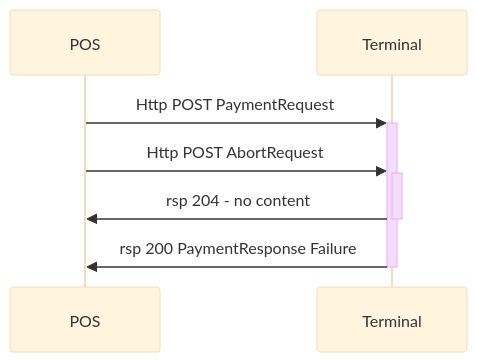
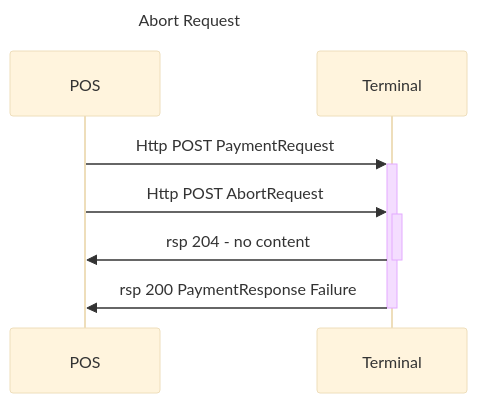
The diagram in pax-terminal/Nexo-Retailer/Quick-guide/abortpayment.md (SwedbankPay/developer.swedbankpay.com), drawn with Mermaid (base theme) before and after one commit. The commit also changed 66 other files, not shown here.

Commit message:
Added titles in sequence diagrams

````diff
--- a/pax-terminal/Nexo-Retailer/Quick-guide/abortpayment.md
+++ b/pax-terminal/Nexo-Retailer/Quick-guide/abortpayment.md
@@ -37,9 +37,10 @@
 ```mermaid
 sequenceDiagram
+title: Abort Request
 participant POS
 participant Terminal
     POS->>+Terminal: Http POST PaymentRequest
     POS->>+Terminal: Http POST AbortRequest
     Terminal->>-POS: rsp 204 - no content
     Terminal->>-POS: rsp 200 PaymentResponse Failure
 ```
````
